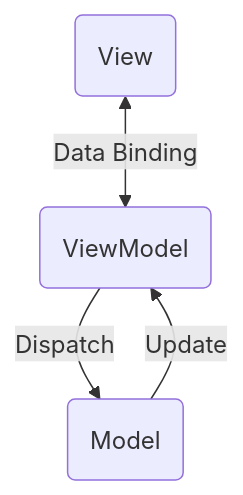
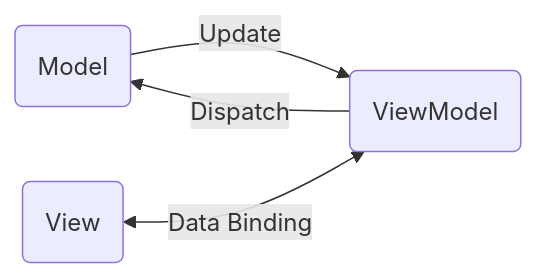
One commit to clbrem/bolero-agents changed the second of 3 diagrams in src/Client/Architectures.md. Above: the diagram before and after it, drawn with Mermaid. The commit also changed other lines of this file and 8 other files, not shown here.

````diff
--- a/src/Client/Architectures.md
+++ b/src/Client/Architectures.md
@@ -15,6 +15,8 @@
 ```mermaid
-flowchart TD
-    View(View) <-->|Data Binding| ViewModel
+flowchart LR
+    Model(Model) --> |Update| ViewModel
+    View(View) <-->|Data Binding| ViewModel    
     ViewModel(ViewModel) --> |Dispatch| Model
-    Model(Model) --> |Update| ViewModel
+    
+    
 ```
````
